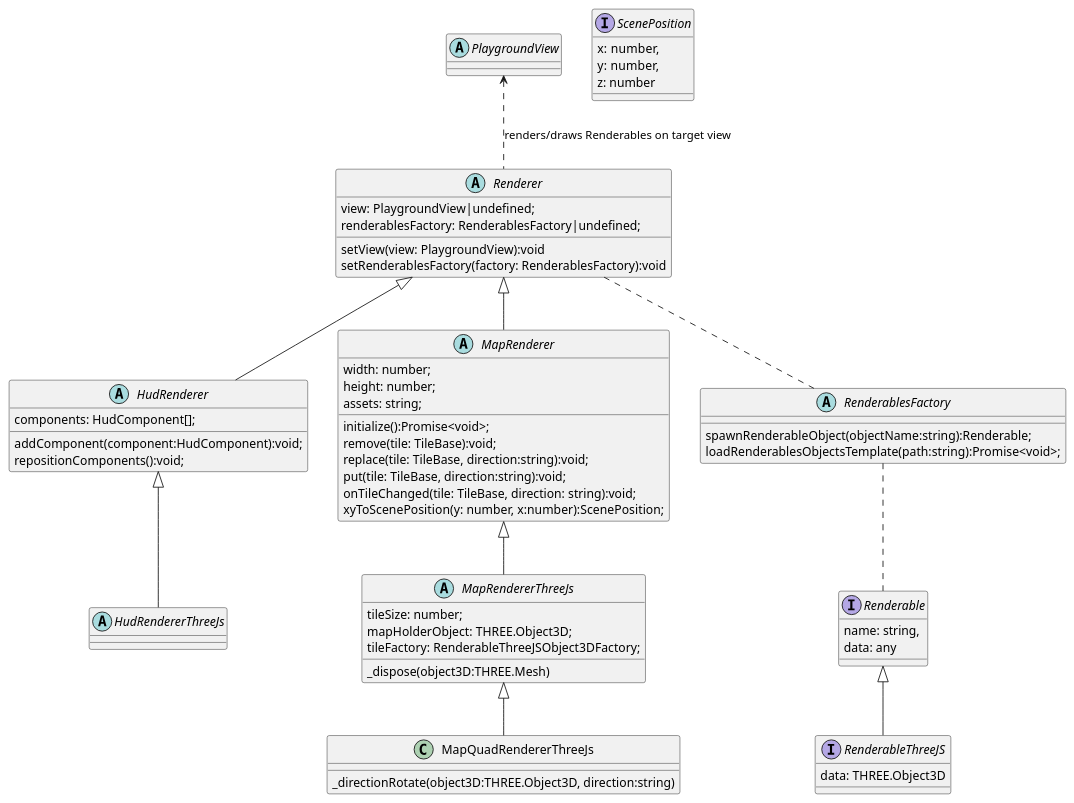
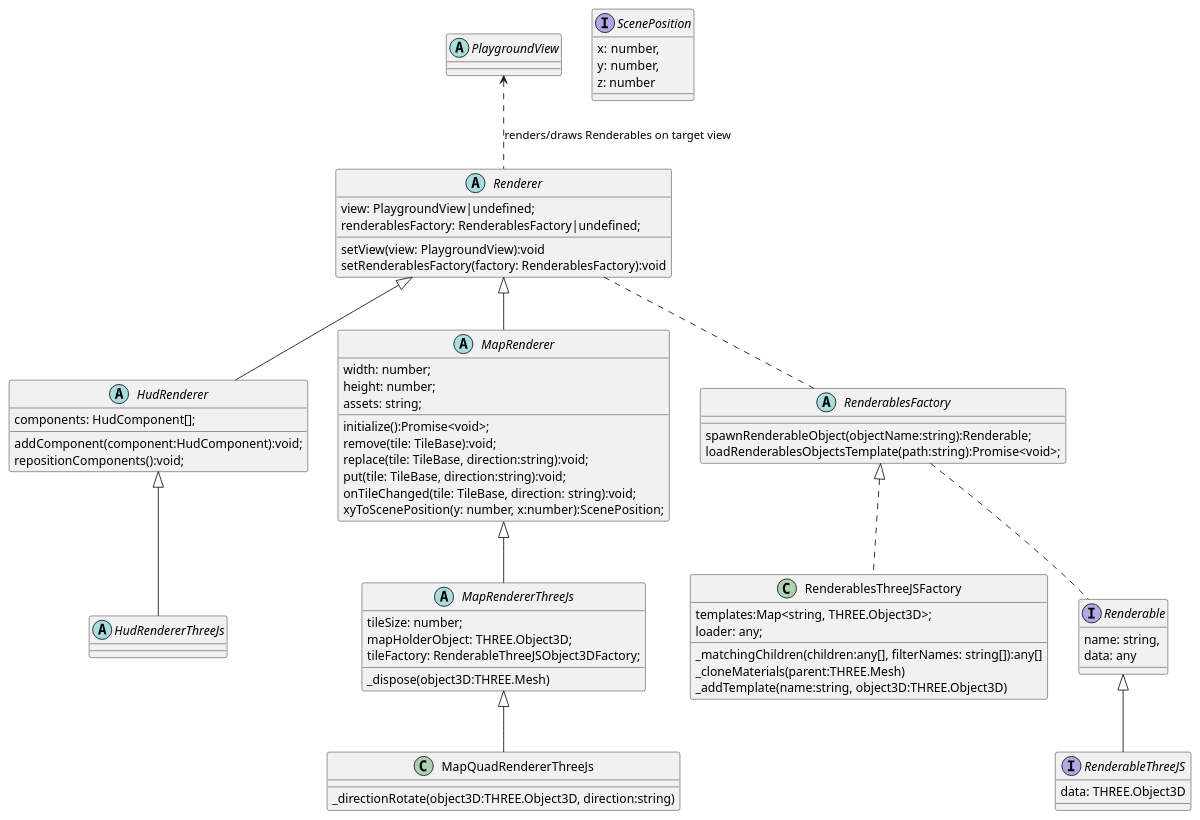
Before and after one commit to yentenobserver/gngine: the diagram in docs/renderer.model.puml, drawn with PlantUML. The commit also changed 3 other files, not shown here.

```diff
--- a/docs/renderer.model.puml
+++ b/docs/renderer.model.puml
@@ -1,79 +1,89 @@
 @startuml
 
 
 
 abstract class PlaygroundView {  }
 
 
 abstract class Renderer {
   view: PlaygroundView|undefined;
   renderablesFactory: RenderablesFactory|undefined;
   {method} setView(view: PlaygroundView):void
   {method} setRenderablesFactory(factory: RenderablesFactory):void
 }
 
 abstract class HudRenderer {
   components: HudComponent[];
   {method} addComponent(component:HudComponent):void;
   {method} repositionComponents():void;
 }
 
 abstract class HudRendererThreeJs {}
 
 abstract class MapRenderer {
   {field} width: number;
   {field} height: number;
   {field} assets: string;
 
   {method} initialize():Promise<void>;
   {method} remove(tile: TileBase):void;
   {method} replace(tile: TileBase, direction:string):void;
   {method} put(tile: TileBase, direction:string):void;
   {method} onTileChanged(tile: TileBase, direction: string):void;
   {method} xyToScenePosition(y: number, x:number):ScenePosition;
 }
 
 abstract class MapRendererThreeJs {
   tileSize: number;
   mapHolderObject: THREE.Object3D;
   tileFactory: RenderableThreeJSObject3DFactory;
 
   {method} _dispose(object3D:THREE.Mesh)
 }
 
 class MapQuadRendererThreeJs {
   {method} _directionRotate(object3D:THREE.Object3D, direction:string)
 }
 
 abstract class RenderablesFactory {
   {method} spawnRenderableObject(objectName:string):Renderable;
   {method} loadRenderablesObjectsTemplate(path:string):Promise<void>;
 }
 
+class RenderablesThreeJSFactory {
+  templates:Map<string, THREE.Object3D>;
+  loader: any;
+  {method} _matchingChildren(children:any[], filterNames: string[]):any[]
+  {method} _cloneMaterials(parent:THREE.Mesh)
+  {method} _addTemplate(name:string, object3D:THREE.Object3D)
+}
+
 interface Renderable{
   name: string,
   data: any
 }
 
 interface RenderableThreeJS {
   data: THREE.Object3D
 }
 
 interface ScenePosition {
   x: number,
   y: number,
   z: number
 }
 
 PlaygroundView <.. Renderer : renders/draws Renderables on target view
 
 Renderer <|-- MapRenderer
 Renderer <|-- HudRenderer
 HudRenderer <|-- HudRendererThreeJs
 MapRenderer <|-- MapRendererThreeJs
 MapRendererThreeJs <|-- MapQuadRendererThreeJs
 Renderer .. RenderablesFactory
 RenderablesFactory .. Renderable
 
+RenderablesFactory <|.. RenderablesThreeJSFactory
+
 Renderable <|-- RenderableThreeJS
 @enduml
```
